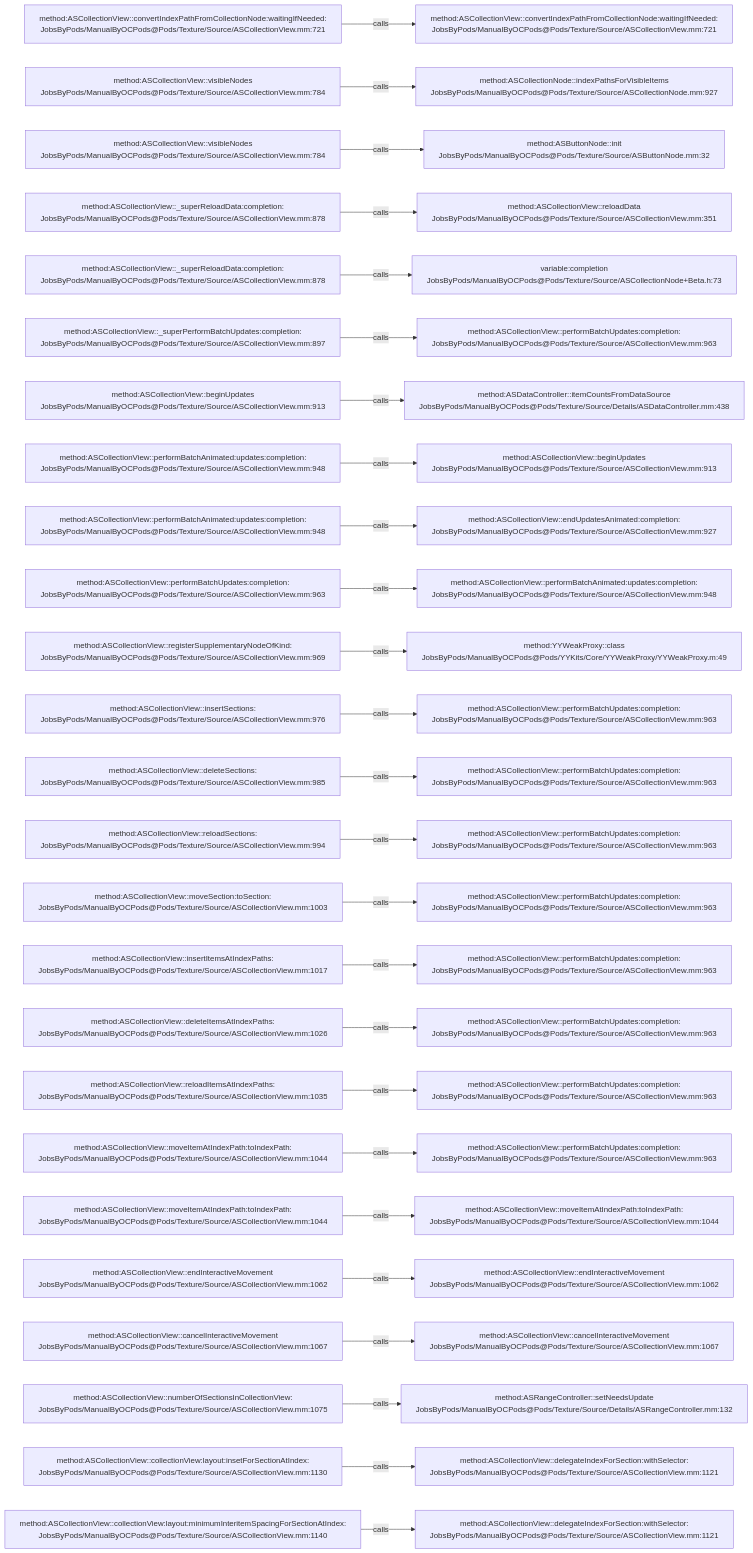
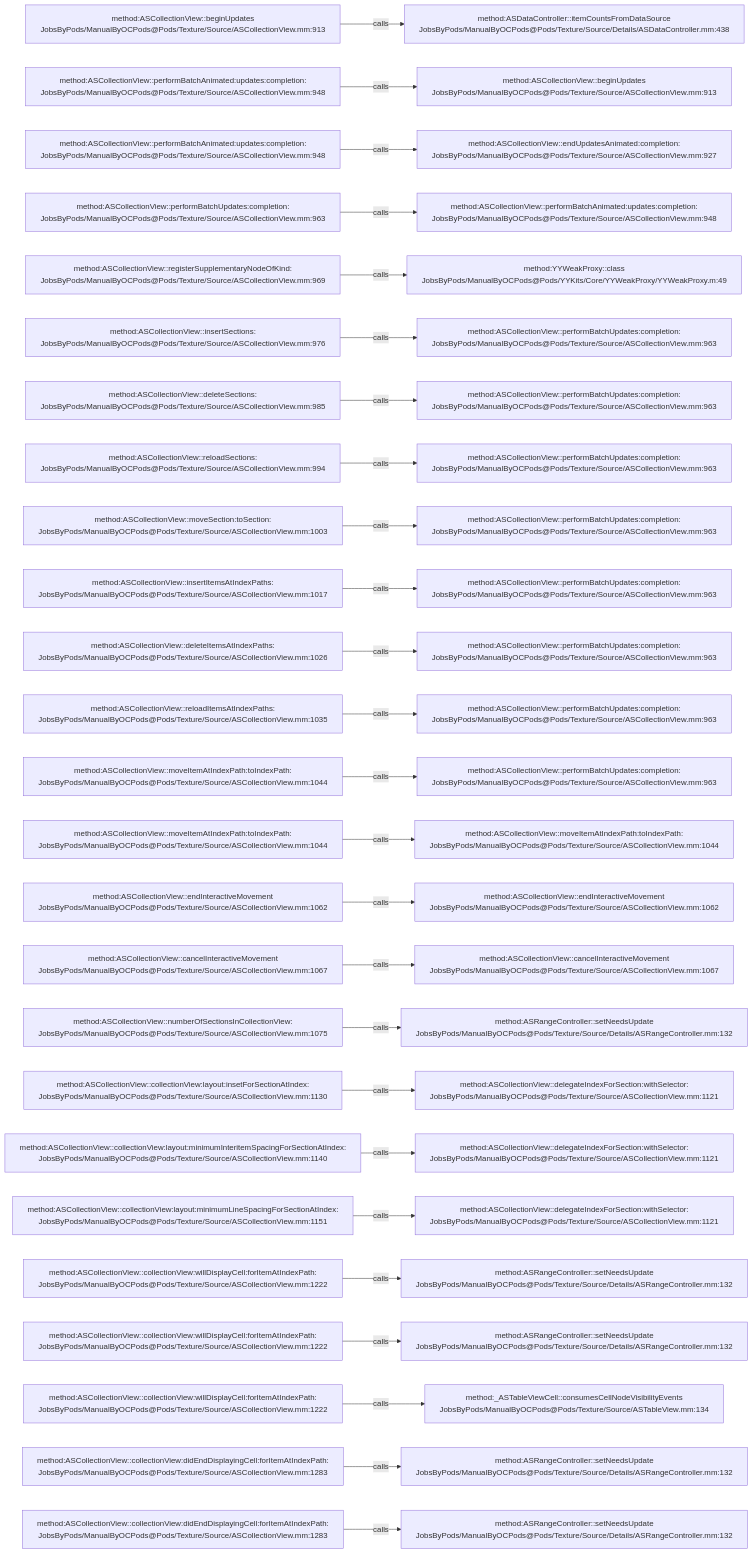
The diagram in .codegraph/codegraph.md/graphs/calls-073.md (JobsKits/JobsOCBaseConfigDemo), drawn with Mermaid before and after one commit. The commit also changed 666 other files, not shown here.

````diff
--- a/.codegraph/codegraph.md/graphs/calls-073.md
+++ b/.codegraph/codegraph.md/graphs/calls-073.md
@@ -13,78 +13,78 @@
 ```mermaid
 flowchart LR
-  S1["method:ASCollectionView::convertIndexPathFromCollectionNode:waitingIfNeeded:<br/>JobsByPods/ManualByOCPods@Pods/Texture/Source/ASCollectionView.mm:721"]
-  T1["method:ASCollectionView::convertIndexPathFromCollectionNode:waitingIfNeeded:<br/>JobsByPods/ManualByOCPods@Pods/Texture/Source/ASCollectionView.mm:721"]
+  S1["method:ASCollectionView::beginUpdates<br/>JobsByPods/ManualByOCPods@Pods/Texture/Source/ASCollectionView.mm:913"]
+  T1["method:ASDataController::itemCountsFromDataSource<br/>JobsByPods/ManualByOCPods@Pods/Texture/Source/Details/ASDataController.mm:438"]
   S1 -->|calls| T1
-  S2["method:ASCollectionView::visibleNodes<br/>JobsByPods/ManualByOCPods@Pods/Texture/Source/ASCollectionView.mm:784"]
-  T2["method:ASCollectionNode::indexPathsForVisibleItems<br/>JobsByPods/ManualByOCPods@Pods/Texture/Source/ASCollectionNode.mm:927"]
+  S2["method:ASCollectionView::performBatchAnimated:updates:completion:<br/>JobsByPods/ManualByOCPods@Pods/Texture/Source/ASCollectionView.mm:948"]
+  T2["method:ASCollectionView::beginUpdates<br/>JobsByPods/ManualByOCPods@Pods/Texture/Source/ASCollectionView.mm:913"]
   S2 -->|calls| T2
-  S3["method:ASCollectionView::visibleNodes<br/>JobsByPods/ManualByOCPods@Pods/Texture/Source/ASCollectionView.mm:784"]
-  T3["method:ASButtonNode::init<br/>JobsByPods/ManualByOCPods@Pods/Texture/Source/ASButtonNode.mm:32"]
+  S3["method:ASCollectionView::performBatchAnimated:updates:completion:<br/>JobsByPods/ManualByOCPods@Pods/Texture/Source/ASCollectionView.mm:948"]
+  T3["method:ASCollectionView::endUpdatesAnimated:completion:<br/>JobsByPods/ManualByOCPods@Pods/Texture/Source/ASCollectionView.mm:927"]
   S3 -->|calls| T3
-  S4["method:ASCollectionView::_superReloadData:completion:<br/>JobsByPods/ManualByOCPods@Pods/Texture/Source/ASCollectionView.mm:878"]
-  T4["method:ASCollectionView::reloadData<br/>JobsByPods/ManualByOCPods@Pods/Texture/Source/ASCollectionView.mm:351"]
+  S4["method:ASCollectionView::performBatchUpdates:completion:<br/>JobsByPods/ManualByOCPods@Pods/Texture/Source/ASCollectionView.mm:963"]
+  T4["method:ASCollectionView::performBatchAnimated:updates:completion:<br/>JobsByPods/ManualByOCPods@Pods/Texture/Source/ASCollectionView.mm:948"]
   S4 -->|calls| T4
-  S5["method:ASCollectionView::_superReloadData:completion:<br/>JobsByPods/ManualByOCPods@Pods/Texture/Source/ASCollectionView.mm:878"]
-  T5["variable:completion<br/>JobsByPods/ManualByOCPods@Pods/Texture/Source/ASCollectionNode+Beta.h:73"]
+  S5["method:ASCollectionView::registerSupplementaryNodeOfKind:<br/>JobsByPods/ManualByOCPods@Pods/Texture/Source/ASCollectionView.mm:969"]
+  T5["method:YYWeakProxy::class<br/>JobsByPods/ManualByOCPods@Pods/YYKits/Core/YYWeakProxy/YYWeakProxy.m:49"]
   S5 -->|calls| T5
-  S6["method:ASCollectionView::_superPerformBatchUpdates:completion:<br/>JobsByPods/ManualByOCPods@Pods/Texture/Source/ASCollectionView.mm:897"]
+  S6["method:ASCollectionView::insertSections:<br/>JobsByPods/ManualByOCPods@Pods/Texture/Source/ASCollectionView.mm:976"]
   T6["method:ASCollectionView::performBatchUpdates:completion:<br/>JobsByPods/ManualByOCPods@Pods/Texture/Source/ASCollectionView.mm:963"]
   S6 -->|calls| T6
-  S7["method:ASCollectionView::beginUpdates<br/>JobsByPods/ManualByOCPods@Pods/Texture/Source/ASCollectionView.mm:913"]
-  T7["method:ASDataController::itemCountsFromDataSource<br/>JobsByPods/ManualByOCPods@Pods/Texture/Source/Details/ASDataController.mm:438"]
+  S7["method:ASCollectionView::deleteSections:<br/>JobsByPods/ManualByOCPods@Pods/Texture/Source/ASCollectionView.mm:985"]
+  T7["method:ASCollectionView::performBatchUpdates:completion:<br/>JobsByPods/ManualByOCPods@Pods/Texture/Source/ASCollectionView.mm:963"]
   S7 -->|calls| T7
-  S8["method:ASCollectionView::performBatchAnimated:updates:completion:<br/>JobsByPods/ManualByOCPods@Pods/Texture/Source/ASCollectionView.mm:948"]
-  T8["method:ASCollectionView::beginUpdates<br/>JobsByPods/ManualByOCPods@Pods/Texture/Source/ASCollectionView.mm:913"]
+  S8["method:ASCollectionView::reloadSections:<br/>JobsByPods/ManualByOCPods@Pods/Texture/Source/ASCollectionView.mm:994"]
+  T8["method:ASCollectionView::performBatchUpdates:completion:<br/>JobsByPods/ManualByOCPods@Pods/Texture/Source/ASCollectionView.mm:963"]
   S8 -->|calls| T8
-  S9["method:ASCollectionView::performBatchAnimated:updates:completion:<br/>JobsByPods/ManualByOCPods@Pods/Texture/Source/ASCollectionView.mm:948"]
-  T9["method:ASCollectionView::endUpdatesAnimated:completion:<br/>JobsByPods/ManualByOCPods@Pods/Texture/Source/ASCollectionView.mm:927"]
+  S9["method:ASCollectionView::moveSection:toSection:<br/>JobsByPods/ManualByOCPods@Pods/Texture/Source/ASCollectionView.mm:1003"]
+  T9["method:ASCollectionView::performBatchUpdates:completion:<br/>JobsByPods/ManualByOCPods@Pods/Texture/Source/ASCollectionView.mm:963"]
   S9 -->|calls| T9
-  S10["method:ASCollectionView::performBatchUpdates:completion:<br/>JobsByPods/ManualByOCPods@Pods/Texture/Source/ASCollectionView.mm:963"]
-  T10["method:ASCollectionView::performBatchAnimated:updates:completion:<br/>JobsByPods/ManualByOCPods@Pods/Texture/Source/ASCollectionView.mm:948"]
+  S10["method:ASCollectionView::insertItemsAtIndexPaths:<br/>JobsByPods/ManualByOCPods@Pods/Texture/Source/ASCollectionView.mm:1017"]
+  T10["method:ASCollectionView::performBatchUpdates:completion:<br/>JobsByPods/ManualByOCPods@Pods/Texture/Source/ASCollectionView.mm:963"]
   S10 -->|calls| T10
-  S11["method:ASCollectionView::registerSupplementaryNodeOfKind:<br/>JobsByPods/ManualByOCPods@Pods/Texture/Source/ASCollectionView.mm:969"]
-  T11["method:YYWeakProxy::class<br/>JobsByPods/ManualByOCPods@Pods/YYKits/Core/YYWeakProxy/YYWeakProxy.m:49"]
+  S11["method:ASCollectionView::deleteItemsAtIndexPaths:<br/>JobsByPods/ManualByOCPods@Pods/Texture/Source/ASCollectionView.mm:1026"]
+  T11["method:ASCollectionView::performBatchUpdates:completion:<br/>JobsByPods/ManualByOCPods@Pods/Texture/Source/ASCollectionView.mm:963"]
   S11 -->|calls| T11
-  S12["method:ASCollectionView::insertSections:<br/>JobsByPods/ManualByOCPods@Pods/Texture/Source/ASCollectionView.mm:976"]
+  S12["method:ASCollectionView::reloadItemsAtIndexPaths:<br/>JobsByPods/ManualByOCPods@Pods/Texture/Source/ASCollectionView.mm:1035"]
   T12["method:ASCollectionView::performBatchUpdates:completion:<br/>JobsByPods/ManualByOCPods@Pods/Texture/Source/ASCollectionView.mm:963"]
   S12 -->|calls| T12
-  S13["method:ASCollectionView::deleteSections:<br/>JobsByPods/ManualByOCPods@Pods/Texture/Source/ASCollectionView.mm:985"]
+  S13["method:ASCollectionView::moveItemAtIndexPath:toIndexPath:<br/>JobsByPods/ManualByOCPods@Pods/Texture/Source/ASCollectionView.mm:1044"]
   T13["method:ASCollectionView::performBatchUpdates:completion:<br/>JobsByPods/ManualByOCPods@Pods/Texture/Source/ASCollectionView.mm:963"]
   S13 -->|calls| T13
-  S14["method:ASCollectionView::reloadSections:<br/>JobsByPods/ManualByOCPods@Pods/Texture/Source/ASCollectionView.mm:994"]
-  T14["method:ASCollectionView::performBatchUpdates:completion:<br/>JobsByPods/ManualByOCPods@Pods/Texture/Source/ASCollectionView.mm:963"]
+  S14["method:ASCollectionView::moveItemAtIndexPath:toIndexPath:<br/>JobsByPods/ManualByOCPods@Pods/Texture/Source/ASCollectionView.mm:1044"]
+  T14["method:ASCollectionView::moveItemAtIndexPath:toIndexPath:<br/>JobsByPods/ManualByOCPods@Pods/Texture/Source/ASCollectionView.mm:1044"]
   S14 -->|calls| T14
-  S15["method:ASCollectionView::moveSection:toSection:<br/>JobsByPods/ManualByOCPods@Pods/Texture/Source/ASCollectionView.mm:1003"]
-  T15["method:ASCollectionView::performBatchUpdates:completion:<br/>JobsByPods/ManualByOCPods@Pods/Texture/Source/ASCollectionView.mm:963"]
+  S15["method:ASCollectionView::endInteractiveMovement<br/>JobsByPods/ManualByOCPods@Pods/Texture/Source/ASCollectionView.mm:1062"]
+  T15["method:ASCollectionView::endInteractiveMovement<br/>JobsByPods/ManualByOCPods@Pods/Texture/Source/ASCollectionView.mm:1062"]
   S15 -->|calls| T15
-  S16["method:ASCollectionView::insertItemsAtIndexPaths:<br/>JobsByPods/ManualByOCPods@Pods/Texture/Source/ASCollectionView.mm:1017"]
-  T16["method:ASCollectionView::performBatchUpdates:completion:<br/>JobsByPods/ManualByOCPods@Pods/Texture/Source/ASCollectionView.mm:963"]
+  S16["method:ASCollectionView::cancelInteractiveMovement<br/>JobsByPods/ManualByOCPods@Pods/Texture/Source/ASCollectionView.mm:1067"]
+  T16["method:ASCollectionView::cancelInteractiveMovement<br/>JobsByPods/ManualByOCPods@Pods/Texture/Source/ASCollectionView.mm:1067"]
   S16 -->|calls| T16
-  S17["method:ASCollectionView::deleteItemsAtIndexPaths:<br/>JobsByPods/ManualByOCPods@Pods/Texture/Source/ASCollectionView.mm:1026"]
-  T17["method:ASCollectionView::performBatchUpdates:completion:<br/>JobsByPods/ManualByOCPods@Pods/Texture/Source/ASCollectionView.mm:963"]
+  S17["method:ASCollectionView::numberOfSectionsInCollectionView:<br/>JobsByPods/ManualByOCPods@Pods/Texture/Source/ASCollectionView.mm:1075"]
+  T17["method:ASRangeController::setNeedsUpdate<br/>JobsByPods/ManualByOCPods@Pods/Texture/Source/Details/ASRangeController.mm:132"]
   S17 -->|calls| T17
-  S18["method:ASCollectionView::reloadItemsAtIndexPaths:<br/>JobsByPods/ManualByOCPods@Pods/Texture/Source/ASCollectionView.mm:1035"]
-  T18["method:ASCollectionView::performBatchUpdates:completion:<br/>JobsByPods/ManualByOCPods@Pods/Texture/Source/ASCollectionView.mm:963"]
+  S18["method:ASCollectionView::collectionView:layout:insetForSectionAtIndex:<br/>JobsByPods/ManualByOCPods@Pods/Texture/Source/ASCollectionView.mm:1130"]
+  T18["method:ASCollectionView::delegateIndexForSection:withSelector:<br/>JobsByPods/ManualByOCPods@Pods/Texture/Source/ASCollectionView.mm:1121"]
   S18 -->|calls| T18
-  S19["method:ASCollectionView::moveItemAtIndexPath:toIndexPath:<br/>JobsByPods/ManualByOCPods@Pods/Texture/Source/ASCollectionView.mm:1044"]
-  T19["method:ASCollectionView::performBatchUpdates:completion:<br/>JobsByPods/ManualByOCPods@Pods/Texture/Source/ASCollectionView.mm:963"]
+  S19["method:ASCollectionView::collectionView:layout:minimumInteritemSpacingForSectionAtIndex:<br/>JobsByPods/ManualByOCPods@Pods/Texture/Source/ASCollectionView.mm:1140"]
+  T19["method:ASCollectionView::delegateIndexForSection:withSelector:<br/>JobsByPods/ManualByOCPods@Pods/Texture/Source/ASCollectionView.mm:1121"]
   S19 -->|calls| T19
-  S20["method:ASCollectionView::moveItemAtIndexPath:toIndexPath:<br/>JobsByPods/ManualByOCPods@Pods/Texture/Source/ASCollectionView.mm:1044"]
-  T20["method:ASCollectionView::moveItemAtIndexPath:toIndexPath:<br/>JobsByPods/ManualByOCPods@Pods/Texture/Source/ASCollectionView.mm:1044"]
+  S20["method:ASCollectionView::collectionView:layout:minimumLineSpacingForSectionAtIndex:<br/>JobsByPods/ManualByOCPods@Pods/Texture/Source/ASCollectionView.mm:1151"]
+  T20["method:ASCollectionView::delegateIndexForSection:withSelector:<br/>JobsByPods/ManualByOCPods@Pods/Texture/Source/ASCollectionView.mm:1121"]
   S20 -->|calls| T20
-  S21["method:ASCollectionView::endInteractiveMovement<br/>JobsByPods/ManualByOCPods@Pods/Texture/Source/ASCollectionView.mm:1062"]
-  T21["method:ASCollectionView::endInteractiveMovement<br/>JobsByPods/ManualByOCPods@Pods/Texture/Source/ASCollectionView.mm:1062"]
+  S21["method:ASCollectionView::collectionView:willDisplayCell:forItemAtIndexPath:<br/>JobsByPods/ManualByOCPods@Pods/Texture/Source/ASCollectionView.mm:1222"]
+  T21["method:ASRangeController::setNeedsUpdate<br/>JobsByPods/ManualByOCPods@Pods/Texture/Source/Details/ASRangeController.mm:132"]
   S21 -->|calls| T21
-  S22["method:ASCollectionView::cancelInteractiveMovement<br/>JobsByPods/ManualByOCPods@Pods/Texture/Source/ASCollectionView.mm:1067"]
-  T22["method:ASCollectionView::cancelInteractiveMovement<br/>JobsByPods/ManualByOCPods@Pods/Texture/Source/ASCollectionView.mm:1067"]
+  S22["method:ASCollectionView::collectionView:willDisplayCell:forItemAtIndexPath:<br/>JobsByPods/ManualByOCPods@Pods/Texture/Source/ASCollectionView.mm:1222"]
+  T22["method:ASRangeController::setNeedsUpdate<br/>JobsByPods/ManualByOCPods@Pods/Texture/Source/Details/ASRangeController.mm:132"]
   S22 -->|calls| T22
-  S23["method:ASCollectionView::numberOfSectionsInCollectionView:<br/>JobsByPods/ManualByOCPods@Pods/Texture/Source/ASCollectionView.mm:1075"]
-  T23["method:ASRangeController::setNeedsUpdate<br/>JobsByPods/ManualByOCPods@Pods/Texture/Source/Details/ASRangeController.mm:132"]
+  S23["method:ASCollectionView::collectionView:willDisplayCell:forItemAtIndexPath:<br/>JobsByPods/ManualByOCPods@Pods/Texture/Source/ASCollectionView.mm:1222"]
+  T23["method:_ASTableViewCell::consumesCellNodeVisibilityEvents<br/>JobsByPods/ManualByOCPods@Pods/Texture/Source/ASTableView.mm:134"]
   S23 -->|calls| T23
-  S24["method:ASCollectionView::collectionView:layout:insetForSectionAtIndex:<br/>JobsByPods/ManualByOCPods@Pods/Texture/Source/ASCollectionView.mm:1130"]
-  T24["method:ASCollectionView::delegateIndexForSection:withSelector:<br/>JobsByPods/ManualByOCPods@Pods/Texture/Source/ASCollectionView.mm:1121"]
+  S24["method:ASCollectionView::collectionView:didEndDisplayingCell:forItemAtIndexPath:<br/>JobsByPods/ManualByOCPods@Pods/Texture/Source/ASCollectionView.mm:1283"]
+  T24["method:ASRangeController::setNeedsUpdate<br/>JobsByPods/ManualByOCPods@Pods/Texture/Source/Details/ASRangeController.mm:132"]
   S24 -->|calls| T24
-  S25["method:ASCollectionView::collectionView:layout:minimumInteritemSpacingForSectionAtIndex:<br/>JobsByPods/ManualByOCPods@Pods/Texture/Source/ASCollectionView.mm:1140"]
-  T25["method:ASCollectionView::delegateIndexForSection:withSelector:<br/>JobsByPods/ManualByOCPods@Pods/Texture/Source/ASCollectionView.mm:1121"]
+  S25["method:ASCollectionView::collectionView:didEndDisplayingCell:forItemAtIndexPath:<br/>JobsByPods/ManualByOCPods@Pods/Texture/Source/ASCollectionView.mm:1283"]
+  T25["method:ASRangeController::setNeedsUpdate<br/>JobsByPods/ManualByOCPods@Pods/Texture/Source/Details/ASRangeController.mm:132"]
   S25 -->|calls| T25
 ```
````
